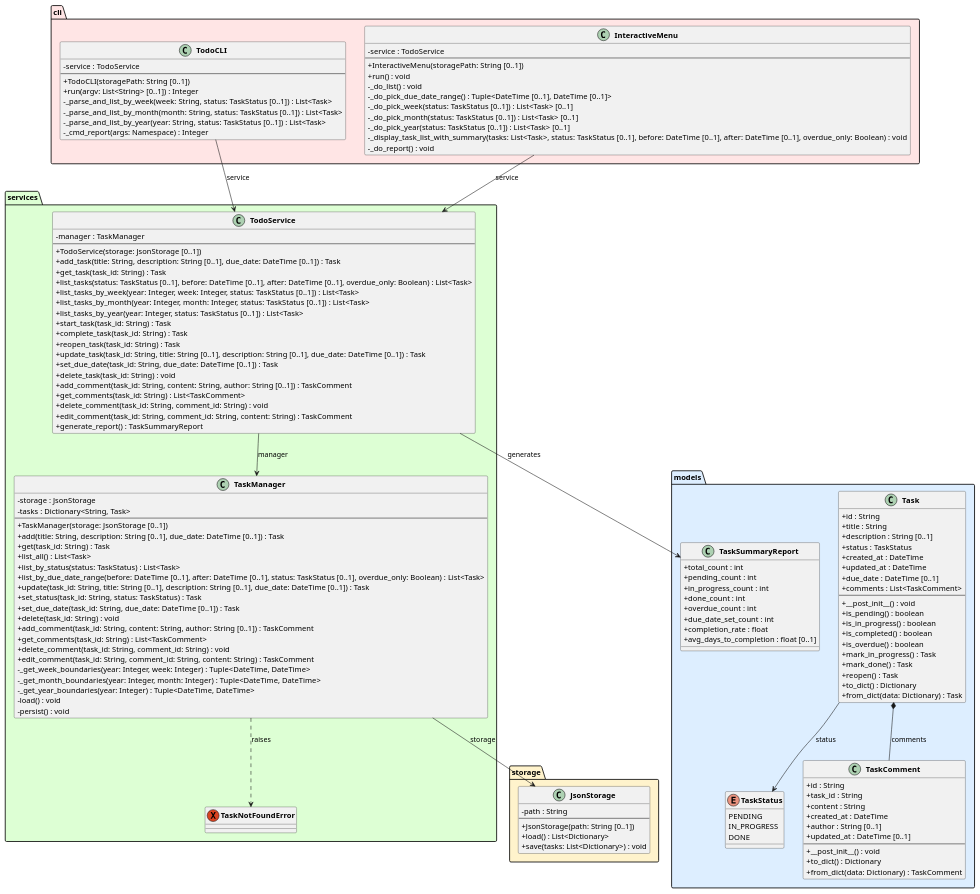
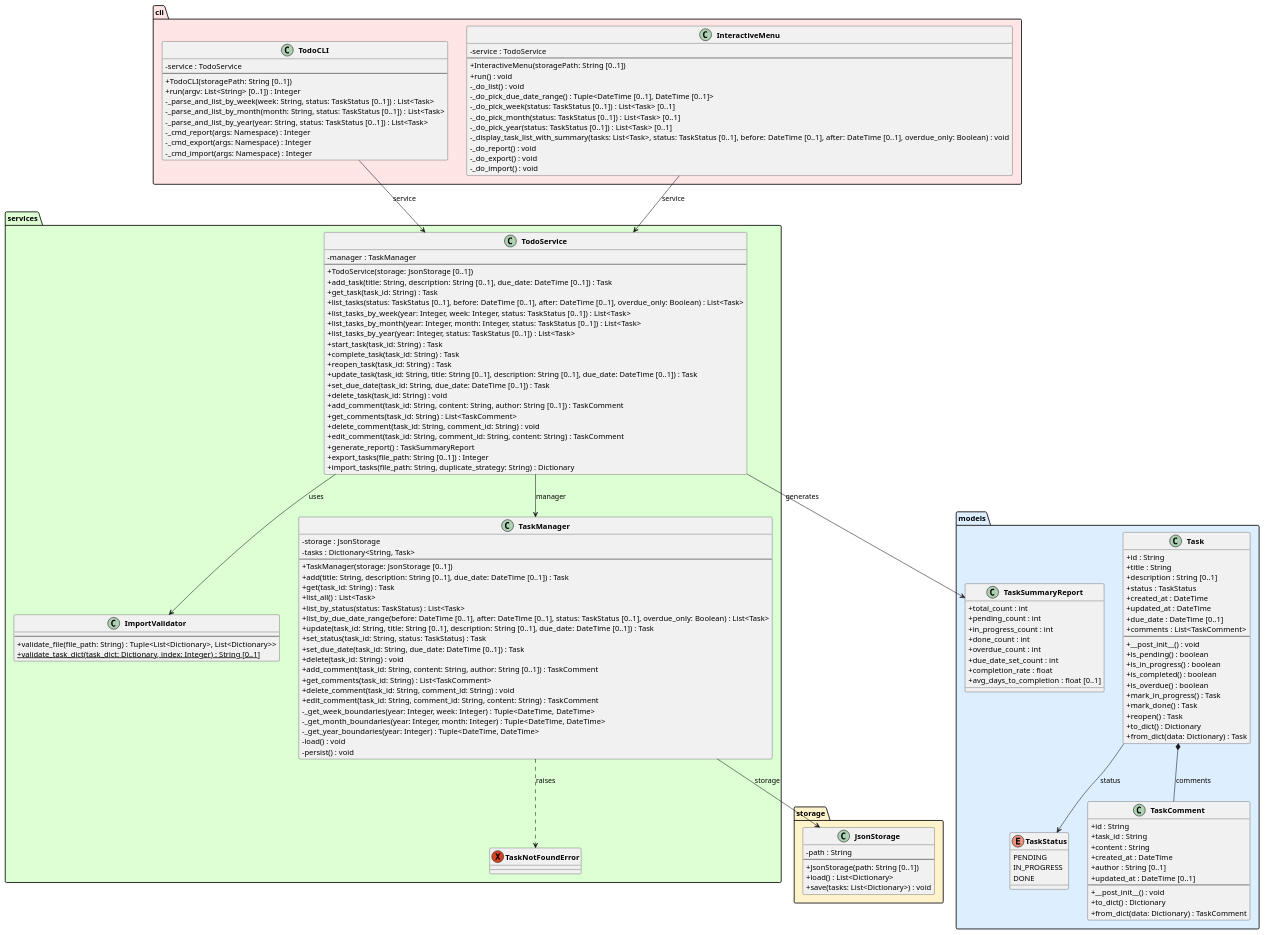
One commit to DanielRiha8906/Software_autoevolution_using_agents changed the diagram in experiments/pipeline/user_stories/TODO/artifacts/class_diagram.puml. Above: the diagram before and after it, drawn with PlantUML. The commit also changed 12 other files, not shown here.

First line of the commit message:
task 07 | pipeline / user_stories / TODO

```diff
--- a/experiments/pipeline/user_stories/TODO/artifacts/class_diagram.puml
+++ b/experiments/pipeline/user_stories/TODO/artifacts/class_diagram.puml
@@ -1,158 +1,171 @@
 @startuml class_diagram
 
 skinparam classAttributeIconSize 0
 skinparam classFontStyle bold
 
 package "models" #DDEEFF {
     enum TaskStatus {
         PENDING
         IN_PROGRESS
         DONE
     }
 
     class Task {
         +id : String
         +title : String
         +description : String [0..1]
         +status : TaskStatus
         +created_at : DateTime
         +updated_at : DateTime
         +due_date : DateTime [0..1]
         +comments : List<TaskComment>
         --
         +__post_init__() : void
         +is_pending() : boolean
         +is_in_progress() : boolean
         +is_completed() : boolean
         +is_overdue() : boolean
         +mark_in_progress() : Task
         +mark_done() : Task
         +reopen() : Task
         +to_dict() : Dictionary
         +from_dict(data: Dictionary) : Task
     }
 
     class TaskComment {
         +id : String
         +task_id : String
         +content : String
         +created_at : DateTime
         +author : String [0..1]
         +updated_at : DateTime [0..1]
         --
         +__post_init__() : void
         +to_dict() : Dictionary
         +from_dict(data: Dictionary) : TaskComment
     }
 
     class TaskSummaryReport {
         +total_count : int
         +pending_count : int
         +in_progress_count : int
         +done_count : int
         +overdue_count : int
         +due_date_set_count : int
         +completion_rate : float
         +avg_days_to_completion : float [0..1]
     }
 }
 
 package "storage" #FFF3CC {
     class JsonStorage {
         -path : String
         --
         +JsonStorage(path: String [0..1])
         +load() : List<Dictionary>
         +save(tasks: List<Dictionary>) : void
     }
 }
 
 package "services" #DDFFD4 {
     exception TaskNotFoundError
 
+    class ImportValidator {
+        --
+        +validate_file(file_path: String) : Tuple<List<Dictionary>, List<Dictionary>>
+        +{static} validate_task_dict(task_dict: Dictionary, index: Integer) : String [0..1]
+    }
+
     class TaskManager {
         -storage : JsonStorage
         -tasks : Dictionary<String, Task>
         --
         +TaskManager(storage: JsonStorage [0..1])
         +add(title: String, description: String [0..1], due_date: DateTime [0..1]) : Task
         +get(task_id: String) : Task
         +list_all() : List<Task>
         +list_by_status(status: TaskStatus) : List<Task>
         +list_by_due_date_range(before: DateTime [0..1], after: DateTime [0..1], status: TaskStatus [0..1], overdue_only: Boolean) : List<Task>
         +update(task_id: String, title: String [0..1], description: String [0..1], due_date: DateTime [0..1]) : Task
         +set_status(task_id: String, status: TaskStatus) : Task
         +set_due_date(task_id: String, due_date: DateTime [0..1]) : Task
         +delete(task_id: String) : void
         +add_comment(task_id: String, content: String, author: String [0..1]) : TaskComment
         +get_comments(task_id: String) : List<TaskComment>
         +delete_comment(task_id: String, comment_id: String) : void
         +edit_comment(task_id: String, comment_id: String, content: String) : TaskComment
         -_get_week_boundaries(year: Integer, week: Integer) : Tuple<DateTime, DateTime>
         -_get_month_boundaries(year: Integer, month: Integer) : Tuple<DateTime, DateTime>
         -_get_year_boundaries(year: Integer) : Tuple<DateTime, DateTime>
         -load() : void
         -persist() : void
     }
 
     class TodoService {
         -manager : TaskManager
         --
         +TodoService(storage: JsonStorage [0..1])
         +add_task(title: String, description: String [0..1], due_date: DateTime [0..1]) : Task
         +get_task(task_id: String) : Task
         +list_tasks(status: TaskStatus [0..1], before: DateTime [0..1], after: DateTime [0..1], overdue_only: Boolean) : List<Task>
         +list_tasks_by_week(year: Integer, week: Integer, status: TaskStatus [0..1]) : List<Task>
         +list_tasks_by_month(year: Integer, month: Integer, status: TaskStatus [0..1]) : List<Task>
         +list_tasks_by_year(year: Integer, status: TaskStatus [0..1]) : List<Task>
         +start_task(task_id: String) : Task
         +complete_task(task_id: String) : Task
         +reopen_task(task_id: String) : Task
         +update_task(task_id: String, title: String [0..1], description: String [0..1], due_date: DateTime [0..1]) : Task
         +set_due_date(task_id: String, due_date: DateTime [0..1]) : Task
         +delete_task(task_id: String) : void
         +add_comment(task_id: String, content: String, author: String [0..1]) : TaskComment
         +get_comments(task_id: String) : List<TaskComment>
         +delete_comment(task_id: String, comment_id: String) : void
         +edit_comment(task_id: String, comment_id: String, content: String) : TaskComment
         +generate_report() : TaskSummaryReport
+        +export_tasks(file_path: String [0..1]) : Integer
+        +import_tasks(file_path: String, duplicate_strategy: String) : Dictionary
     }
 }
 
 package "cli" #FFE5E5 {
     class TodoCLI {
         -service : TodoService
         --
         +TodoCLI(storagePath: String [0..1])
         +run(argv: List<String> [0..1]) : Integer
         -_parse_and_list_by_week(week: String, status: TaskStatus [0..1]) : List<Task>
         -_parse_and_list_by_month(month: String, status: TaskStatus [0..1]) : List<Task>
         -_parse_and_list_by_year(year: String, status: TaskStatus [0..1]) : List<Task>
         -_cmd_report(args: Namespace) : Integer
+        -_cmd_export(args: Namespace) : Integer
+        -_cmd_import(args: Namespace) : Integer
     }
 
     class InteractiveMenu {
         -service : TodoService
         --
         +InteractiveMenu(storagePath: String [0..1])
         +run() : void
         -_do_list() : void
         -_do_pick_due_date_range() : Tuple<DateTime [0..1], DateTime [0..1]>
         -_do_pick_week(status: TaskStatus [0..1]) : List<Task> [0..1]
         -_do_pick_month(status: TaskStatus [0..1]) : List<Task> [0..1]
         -_do_pick_year(status: TaskStatus [0..1]) : List<Task> [0..1]
         -_display_task_list_with_summary(tasks: List<Task>, status: TaskStatus [0..1], before: DateTime [0..1], after: DateTime [0..1], overdue_only: Boolean) : void
         -_do_report() : void
+        -_do_export() : void
+        -_do_import() : void
     }
 }
 
 Task --> TaskStatus : status
 Task *-- TaskComment : comments
 TodoService --> TaskSummaryReport : generates
 TaskManager --> JsonStorage : storage
 TaskManager ..> TaskNotFoundError : raises
 TodoService --> TaskManager : manager
+TodoService --> ImportValidator : uses
 TodoCLI --> TodoService : service
 InteractiveMenu --> TodoService : service
 
 @enduml
```
